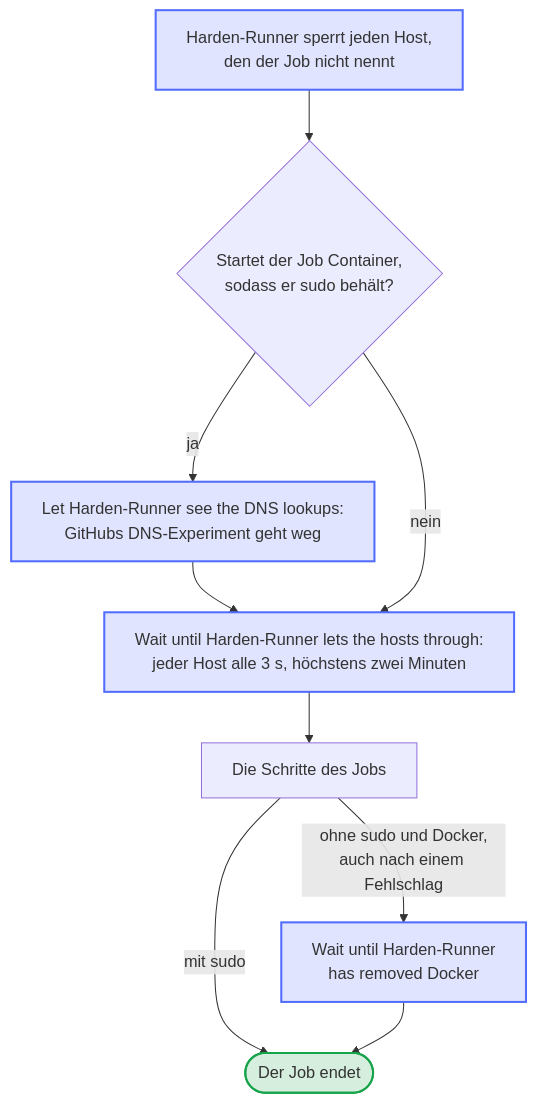
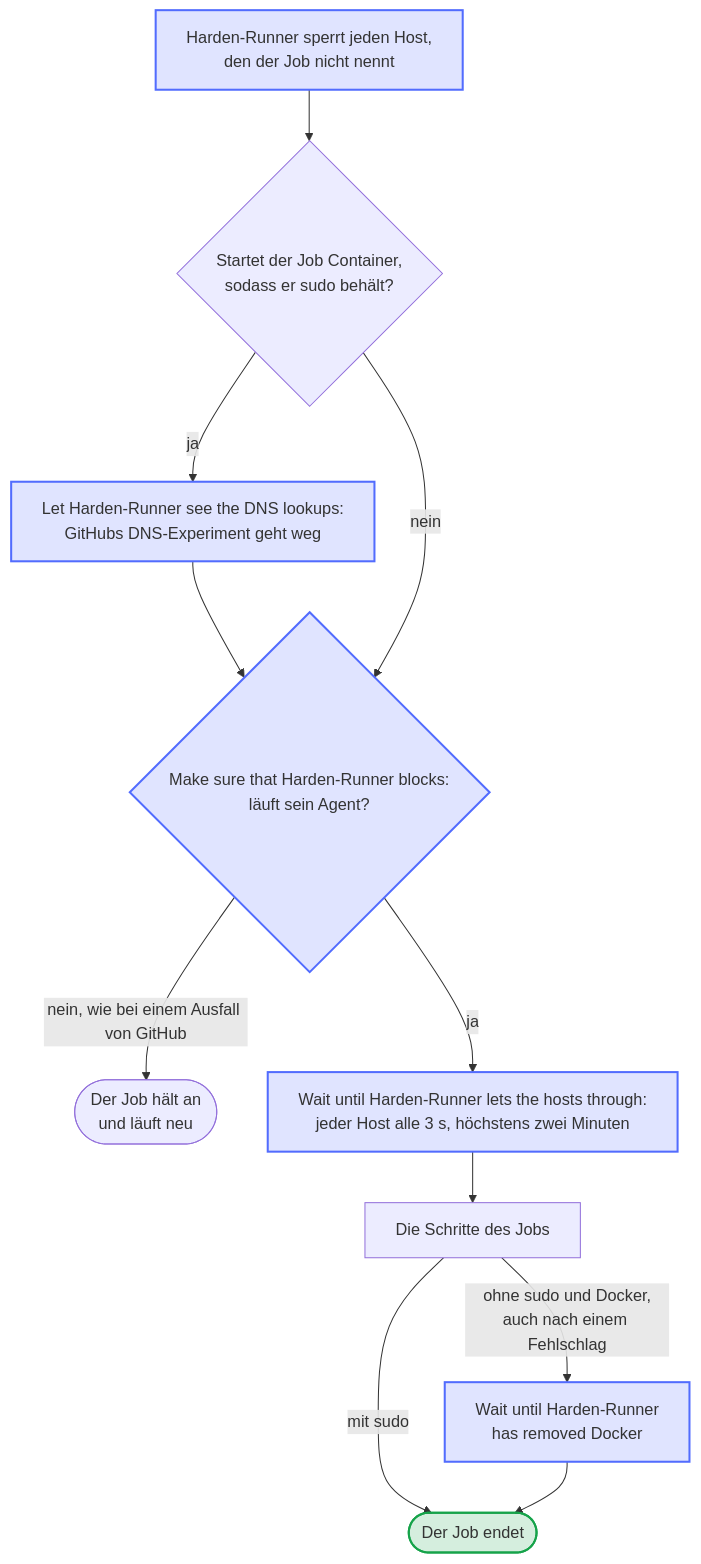
The diagram in docs/diagrams/job-behind-harden-runner.de.mmd (Dennis-Otto/homedarts-for-autodarts), drawn with Mermaid before and after one commit. The commit also changed 22 other files, not shown here.

First line of the commit message:
fix(ci): the project's own jobs stop when Harden-Runner doesn't block

```diff
--- a/docs/diagrams/job-behind-harden-runner.de.mmd
+++ b/docs/diagrams/job-behind-harden-runner.de.mmd
@@ -1,20 +1,22 @@
 ---
 config:
   flowchart:
     wrappingWidth: 400
 ---
 flowchart TB
   accTitle: Die Schritte eines Jobs hinter Harden-Runner
-  accDescr: Harden-Runner sperrt jeden Host, den der Job nicht nennt. Ein Job, der Container startet, behält sudo und nimmt GitHubs DNS-Experiment weg. Jeder Job fragt dann alle 3 Sekunden seine Hosts, höchstens zwei Minuten lang, bis Harden-Runner sie durchlässt, und führt seine Schritte aus. Ein Job ohne sudo und Docker endet erst, wenn Harden-Runner Docker entfernt hat, auch nach einem Fehlschlag.
+  accDescr: Harden-Runner sperrt jeden Host, den der Job nicht nennt. Ein Job, der Container startet, behält sudo und nimmt GitHubs DNS-Experiment weg. Jeder Job stellt dann sicher, dass der Agent von Harden-Runner sperrt, und hält an, wenn nicht, um neu zu laufen. Er fragt alle 3 Sekunden seine Hosts, höchstens zwei Minuten lang, bis Harden-Runner sie durchlässt, und führt seine Schritte aus. Ein Job ohne sudo und Docker endet erst, wenn Harden-Runner Docker entfernt hat, auch nach einem Fehlschlag.
   BLOCK["Harden-Runner sperrt jeden Host,<br/>den der Job nicht nennt"] --> SUDO{"Startet der Job Container,<br/>sodass er sudo behält?"}
   SUDO -- "ja" --> LOOKUPS["Let Harden-Runner see the DNS lookups:<br/>GitHubs DNS-Experiment geht weg"]
-  LOOKUPS --> WAIT
-  SUDO -- "nein" --> WAIT["Wait until Harden-Runner lets the hosts through:<br/>jeder Host alle 3 s, höchstens zwei Minuten"]
+  LOOKUPS --> SURE
+  SUDO -- "nein" --> SURE{"Make sure that Harden-Runner blocks:<br/>läuft sein Agent?"}
+  SURE -- "nein, wie bei einem Ausfall von GitHub" --> STOP(["Der Job hält an<br/>und läuft neu"])
+  SURE -- "ja" --> WAIT["Wait until Harden-Runner lets the hosts through:<br/>jeder Host alle 3 s, höchstens zwei Minuten"]
   WAIT --> STEPS["Die Schritte des Jobs"]
   STEPS -- "mit sudo" --> END(["Der Job endet"])
   STEPS -- "ohne sudo und Docker,<br/>auch nach einem Fehlschlag" --> DOCKER["Wait until Harden-Runner<br/>has removed Docker"]
   DOCKER --> END
   classDef bot fill:#526cfe2e,stroke:#526cfe,stroke-width:2px
   classDef done fill:#16a34a2e,stroke:#16a34a,stroke-width:2px
-  class BLOCK,LOOKUPS,WAIT,DOCKER bot
+  class BLOCK,LOOKUPS,SURE,WAIT,DOCKER bot
   class END done
```
